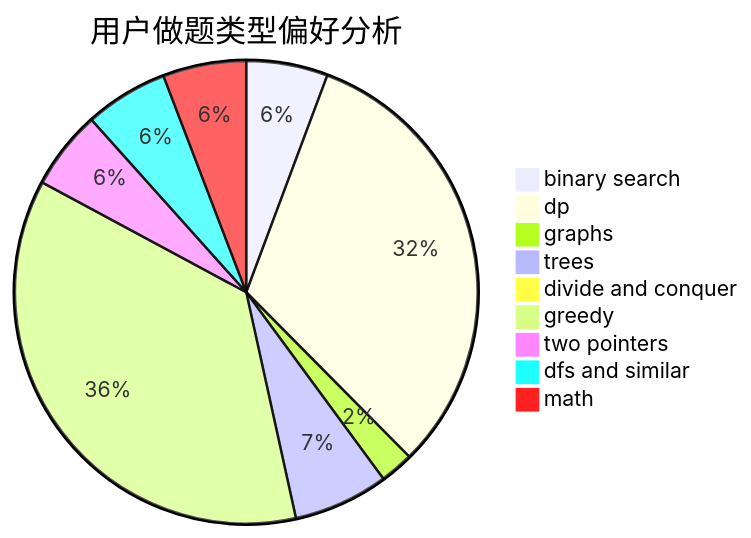
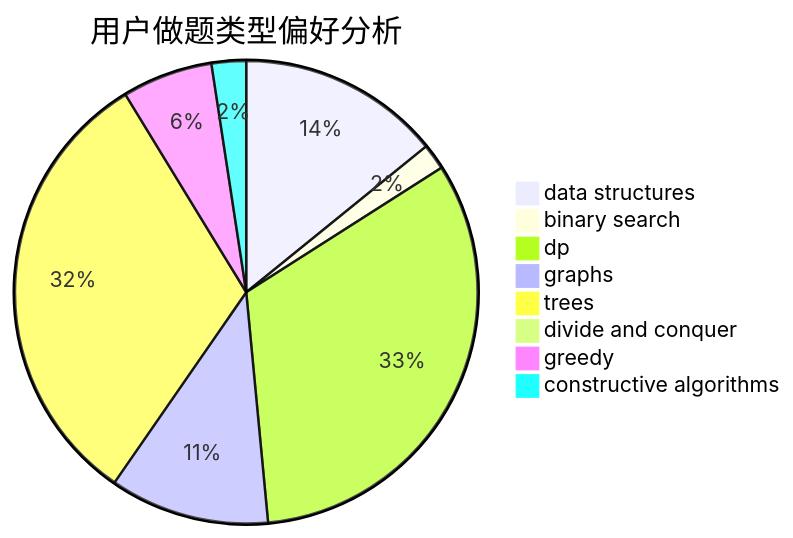
Before and after one commit to sherpahu/cfrs.github.io: the second of 3 diagrams in docs/user/u1923.md, drawn with Mermaid. The commit also changed other lines of this file and 2775 other files, not shown here.

````diff
--- a/docs/user/u1923.md
+++ b/docs/user/u1923.md
@@ -23,12 +23,11 @@
 ```mermaid
 pie title 用户做题类型偏好分析
-    "binary search" :  90
-    "dp" :  504
+    "data structures" :  47
+    "binary search" :  6
+    "dp" :  108
     "graphs" :  37
     "trees" :  105
     "divide and conquer" :  0
-    "greedy" :  574
-    "two pointers" :  87
-    "dfs and similar" :  92
-    "math" :  92
+    "greedy" :  21
+    "constructive algorithms" :  8
 ```
````
